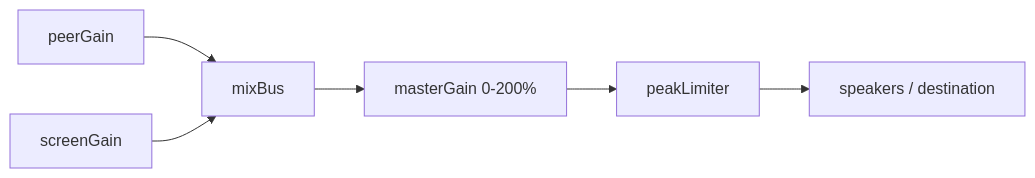
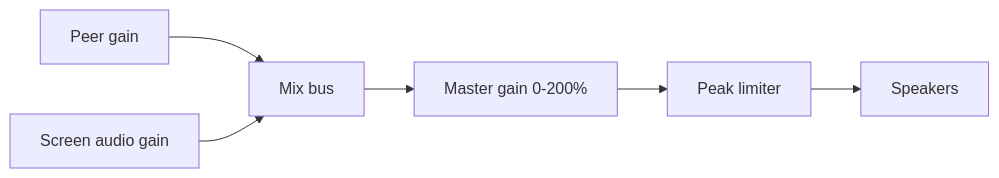
One commit to Quenary/konvoez changed the third of 3 diagrams in docs/frontend/NOISE_SUPPRESSION.md. Above: the diagram before and after it, drawn with Mermaid. The commit also changed other lines of this file and 16 other files, not shown here.

````diff
--- a/docs/frontend/NOISE_SUPPRESSION.md
+++ b/docs/frontend/NOISE_SUPPRESSION.md
@@ -74,8 +65,8 @@
 ```mermaid
 flowchart LR
-  peer[peerGain] --> bus[mixBus]
-  screen[screenGain] --> bus
-  bus --> masterGain[masterGain 0-200%]
-  masterGain --> limiter[peakLimiter]
-  limiter --> dest[speakers / destination]
+  peer[Peer gain] --> bus[Mix bus]
+  screen[Screen audio gain] --> bus
+  bus --> master["Master gain 0-200%"]
+  master --> limiter[Peak limiter]
+  limiter --> out[Speakers]
 ```
````
